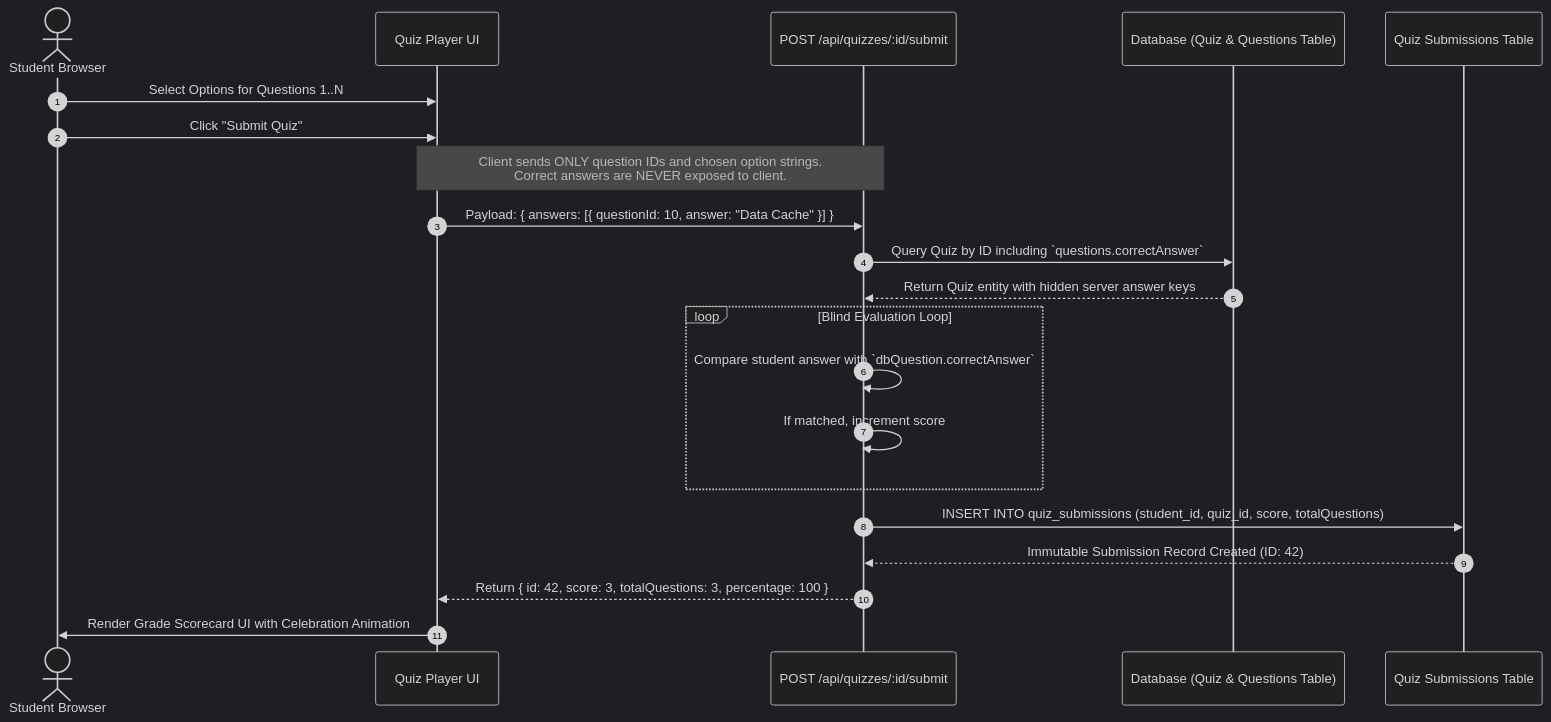
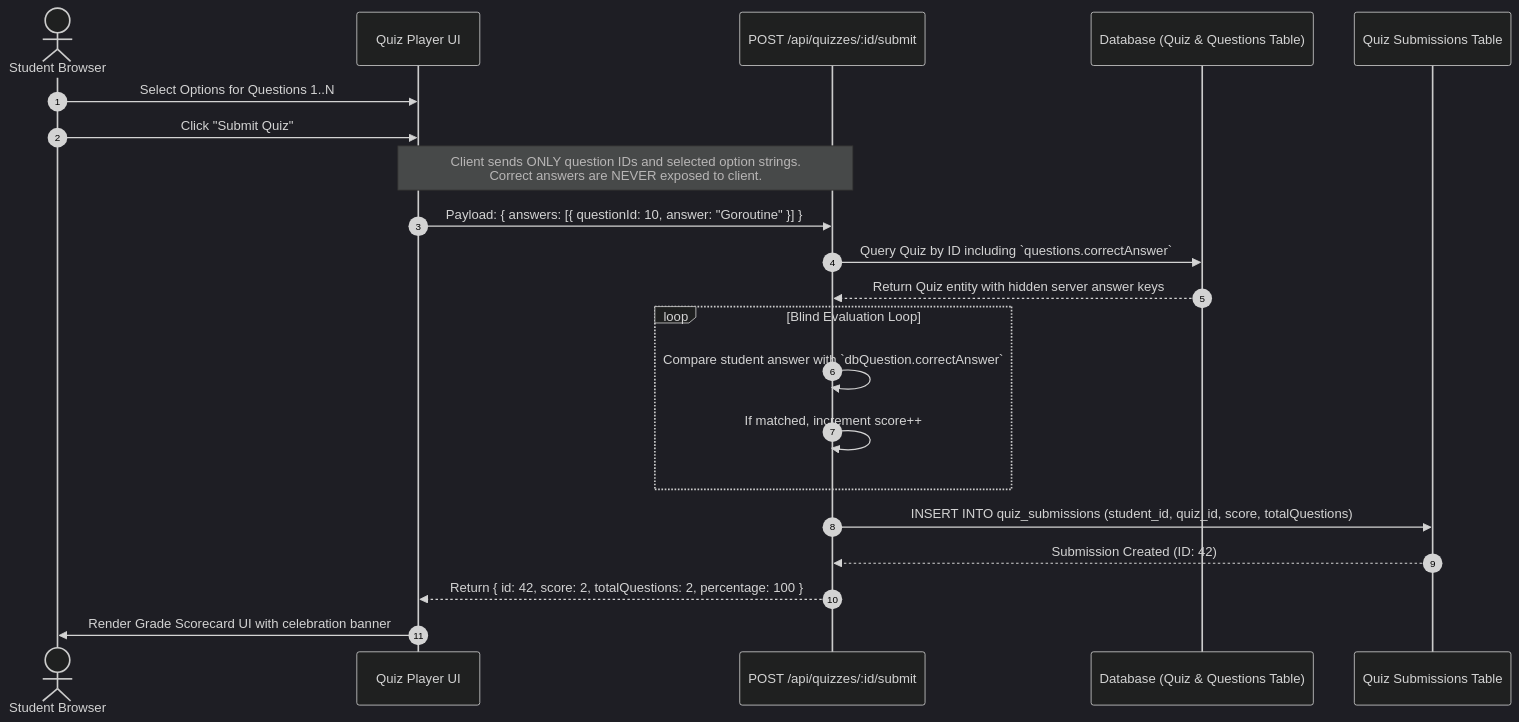
One commit to mkamrul9/LMS-strapi changed the fourth of 7 diagrams in ARCHITECTURE.md. Above: the diagram before and after it, drawn with Mermaid (dark theme). The commit also changed other lines of this file, not shown here.

Commit message:
docs: enrich ARCHITECTURE.md with line-by-line code breakdowns, backend RBAC enforcement, and flow diagrams

````diff
--- a/ARCHITECTURE.md
+++ b/ARCHITECTURE.md
@@ -196,28 +333,28 @@
 ```mermaid
 sequenceDiagram
     autonumber
     actor Student as Student Browser
     participant QuizPage as Quiz Player UI
     participant Backend as POST /api/quizzes/:id/submit
     participant DB as Database (Quiz & Questions Table)
     participant Submissions as Quiz Submissions Table
 
     Student->>QuizPage: Select Options for Questions 1..N
     Student->>QuizPage: Click "Submit Quiz"
-    Note over QuizPage,Backend: Client sends ONLY question IDs and chosen option strings.<br/>Correct answers are NEVER exposed to client.
-    QuizPage->>Backend: Payload: { answers: [{ questionId: 10, answer: "Data Cache" }] }
+    Note over QuizPage,Backend: Client sends ONLY question IDs and selected option strings.<br/>Correct answers are NEVER exposed to client.
+    QuizPage->>Backend: Payload: { answers: [{ questionId: 10, answer: "Goroutine" }] }
 
     Backend->>DB: Query Quiz by ID including `questions.correctAnswer`
     DB-->>Backend: Return Quiz entity with hidden server answer keys
 
     loop Blind Evaluation Loop
         Backend->>Backend: Compare student answer with `dbQuestion.correctAnswer`
-        Backend->>Backend: If matched, increment score
+        Backend->>Backend: If matched, increment score++
     end
 
     Backend->>Submissions: INSERT INTO quiz_submissions (student_id, quiz_id, score, totalQuestions)
-    Submissions-->>Backend: Immutable Submission Record Created (ID: 42)
+    Submissions-->>Backend: Submission Created (ID: 42)
 
-    Backend-->>QuizPage: Return { id: 42, score: 3, totalQuestions: 3, percentage: 100 }
-    QuizPage->>Student: Render Grade Scorecard UI with Celebration Animation
+    Backend-->>QuizPage: Return { id: 42, score: 2, totalQuestions: 2, percentage: 100 }
+    QuizPage->>Student: Render Grade Scorecard UI with celebration banner
 ```
````
